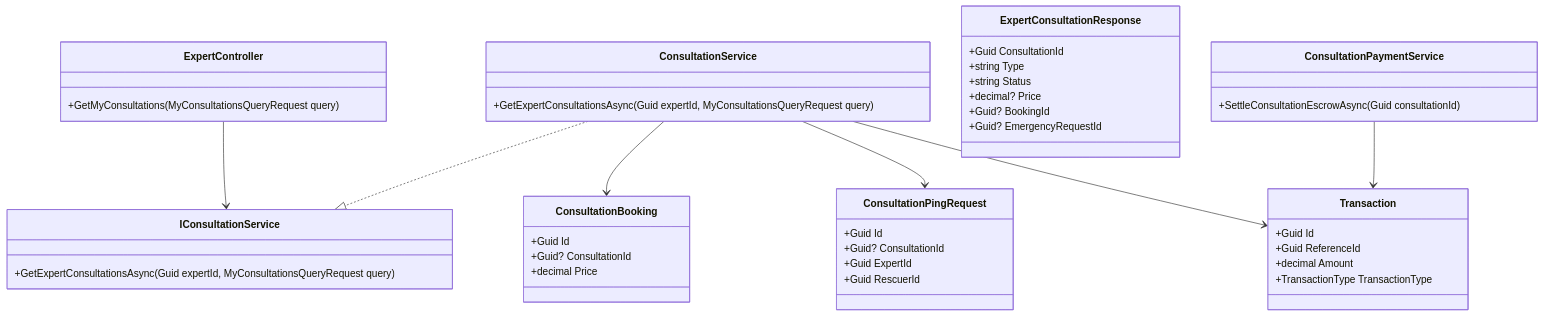
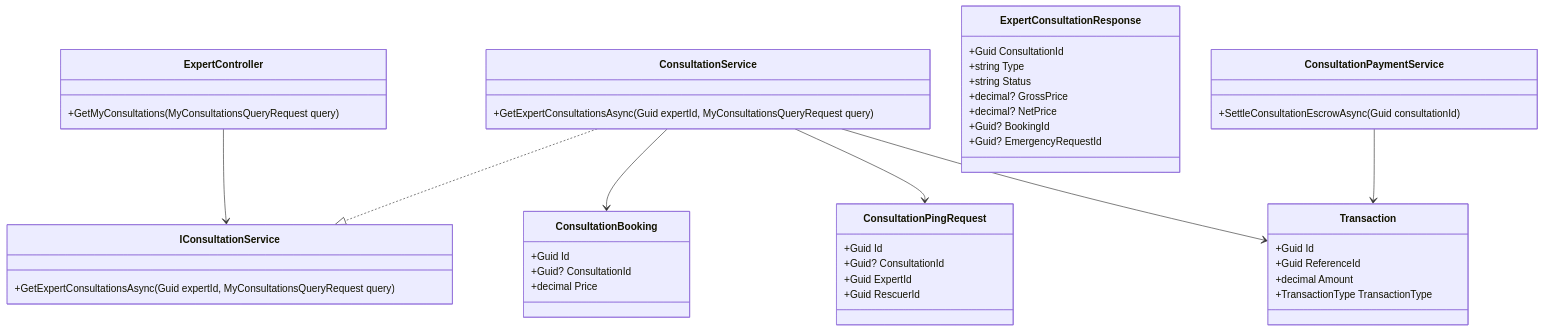
One commit to Snake-AID/SnakeAid.Docs changed the first of 4 diagrams in Docs/05-Backend/02-layers/consultation-information-response/consultation-information-response.sourcecode.md. Above: the diagram before and after it, drawn with Mermaid. The commit also changed other lines of this file and 4 other files, not shown here.

````diff
--- a/Docs/05-Backend/02-layers/consultation-information-response/consultation-information-response.sourcecode.md
+++ b/Docs/05-Backend/02-layers/consultation-information-response/consultation-information-response.sourcecode.md
@@ -95,54 +101,55 @@
 ```mermaid
 classDiagram
     class ExpertController {
         +GetMyConsultations(MyConsultationsQueryRequest query)
     }
 
     class IConsultationService {
         +GetExpertConsultationsAsync(Guid expertId, MyConsultationsQueryRequest query)
     }
 
     class ConsultationService {
         +GetExpertConsultationsAsync(Guid expertId, MyConsultationsQueryRequest query)
     }
 
     class ExpertConsultationResponse {
         +Guid ConsultationId
         +string Type
         +string Status
-        +decimal? Price
+        +decimal? GrossPrice
+        +decimal? NetPrice
         +Guid? BookingId
         +Guid? EmergencyRequestId
     }
 
     class ConsultationBooking {
         +Guid Id
         +Guid? ConsultationId
         +decimal Price
     }
 
     class ConsultationPingRequest {
         +Guid Id
         +Guid? ConsultationId
         +Guid ExpertId
         +Guid RescuerId
     }
 
     class Transaction {
         +Guid Id
         +Guid ReferenceId
         +decimal Amount
         +TransactionType TransactionType
     }
 
     class ConsultationPaymentService {
         +SettleConsultationEscrowAsync(Guid consultationId)
     }
 
     ExpertController --> IConsultationService
     ConsultationService ..|> IConsultationService
     ConsultationService --> ConsultationBooking
     ConsultationService --> ConsultationPingRequest
     ConsultationService --> Transaction
     ConsultationPaymentService --> Transaction
 ```
````
